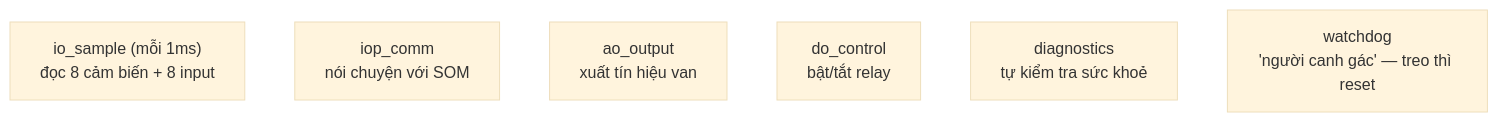
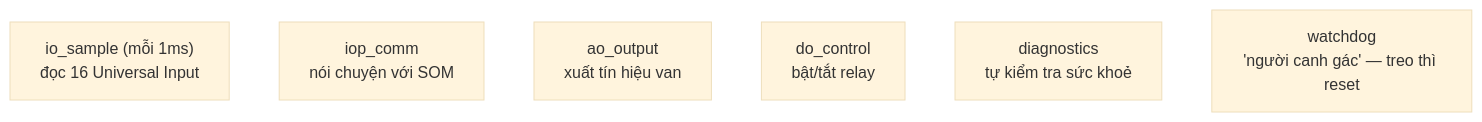
One commit to haizzdungnay/DDC24 changed the fourth of 9 diagrams in docs/00_management/KX-DDC24-SYS-ARCH-001_VI.md. Above: the diagram before and after it, drawn with Mermaid (base theme). The commit also changed other lines of this file and 96 other files, not shown here.

````diff
--- a/docs/00_management/KX-DDC24-SYS-ARCH-001_VI.md
+++ b/docs/00_management/KX-DDC24-SYS-ARCH-001_VI.md
@@ -159,9 +162,9 @@
 ```mermaid
 graph TB
-  T1["io_sample (mỗi 1ms)<br/>đọc 8 cảm biến + 8 input"]
+  T1["io_sample (mỗi 1ms)<br/>đọc 16 Universal Input"]
   T2["iop_comm<br/>nói chuyện với SOM"]
   T3["ao_output<br/>xuất tín hiệu van"]
   T4["do_control<br/>bật/tắt relay"]
   T5["diagnostics<br/>tự kiểm tra sức khoẻ"]
   T6["watchdog<br/>'người canh gác' — treo thì reset"]
 ```
````
